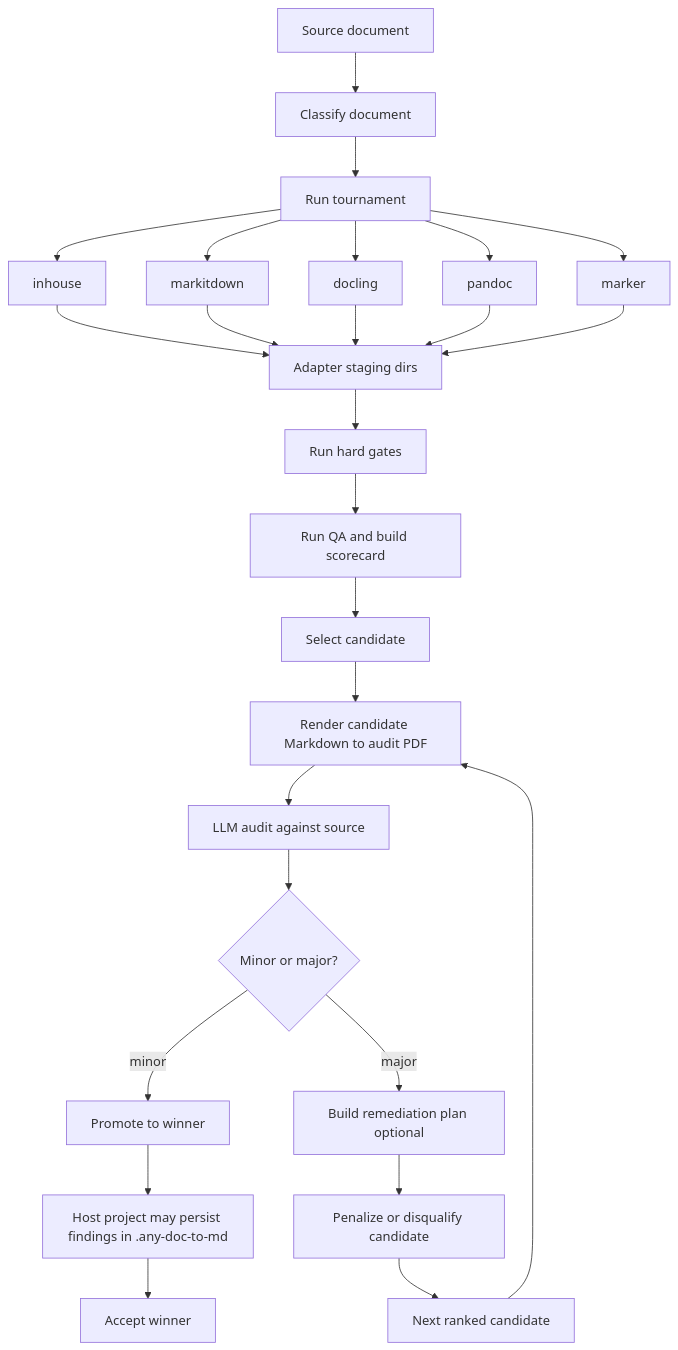
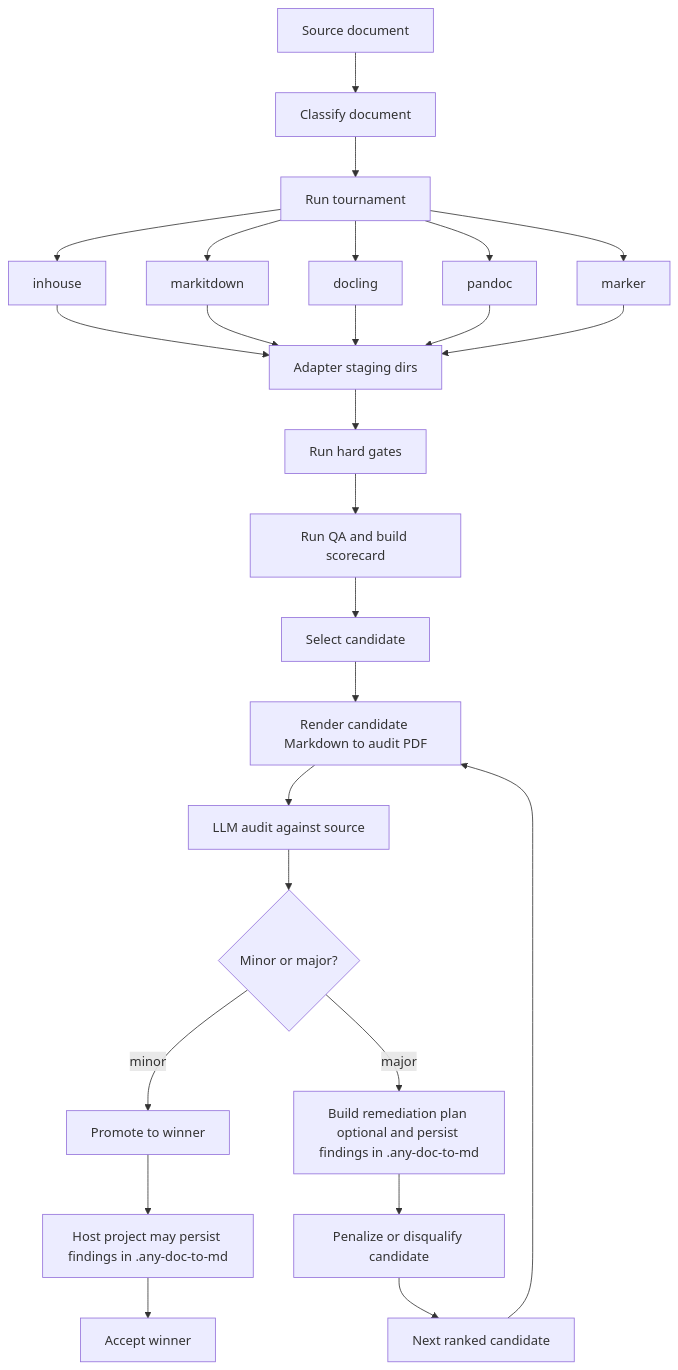
Before and after one commit to Agent-Cognitive-Enterprise/any-doc-to-md: the diagram in README.md, drawn with Mermaid.

Commit message:
Fixing diagram

````diff
--- a/README.md
+++ b/README.md
@@ -47,28 +47,28 @@
 ```mermaid
 flowchart TD
     A[Source document] --> B[Classify document]
     B --> C[Run tournament]
     C --> C1[inhouse]
     C --> C2[markitdown]
     C --> C3[docling]
     C --> C4[pandoc]
     C --> C5[marker]
     C1 --> D[Adapter staging dirs]
     C2 --> D
     C3 --> D
     C4 --> D
     C5 --> D
     D --> E[Run hard gates]
     E --> F[Run QA and build scorecard]
     F --> G[Select candidate]
     G --> H[Render candidate Markdown to audit PDF]
     H --> I[LLM audit against source]
     I --> J{Minor or major?}
     J -- minor --> N[Promote to winner]
-    J -- major --> P[Build remediation plan optional]
+    J -- major --> P[Build remediation plan optional and persist findings in .any-doc-to-md]
     P --> L[Penalize or disqualify candidate]
     L --> M[Next ranked candidate]
     M --> H
     N --> O[Host project may persist findings in .any-doc-to-md]
     O --> K[Accept winner]
 ```
````
